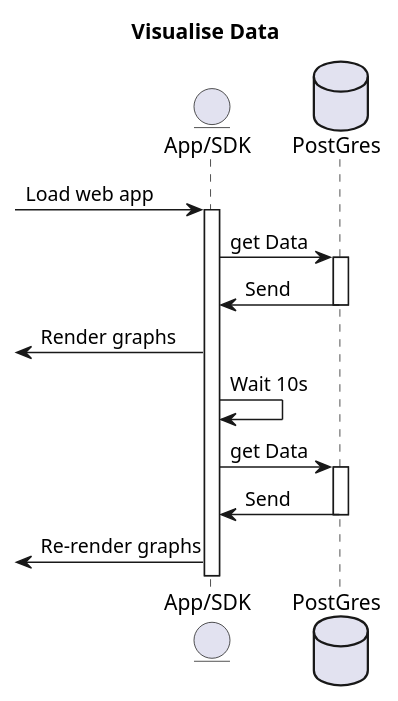
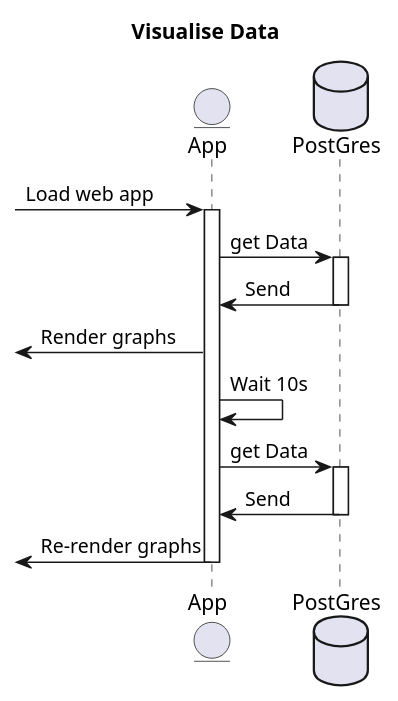
One commit to froeba/workshop-web-app changed the fourth of 4 diagrams in docs/docs.puml. Above: the diagram before and after it, drawn with PlantUML. The commit also changed other lines of this file and 5 other files, not shown here.

```diff
--- a/docs/docs.puml
+++ b/docs/docs.puml
@@ -66,20 +66,20 @@
 @startuml view_data
 title Visualise Data
-entity "App/SDK" as app
+entity "App" as app
 database "PostGres" as db
 
 -> app: Load web app
 activate app
 app -> db: get Data
 activate db
 db  -> app: Send
 deactivate db
 <- app: Render graphs
 app -> app: Wait 10s
 app -> db: get Data
 activate db
 db  -> app: Send
 deactivate db
 <- app: Re-render graphs
-
+deactivate app
 @enduml
```
